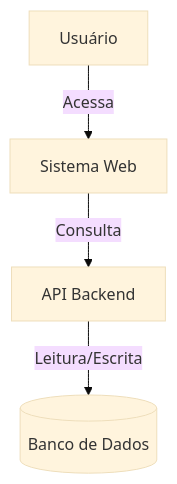
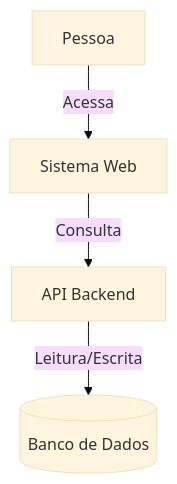
The diagram in arquitetura/diagramas/sistema.mmd (rafaelTsu/teste), drawn with Mermaid (base theme) before and after one commit.

```diff
--- a/arquitetura/diagramas/sistema.mmd
+++ b/arquitetura/diagramas/sistema.mmd
@@ -1,4 +1,4 @@
 graph TD
-    A[Usuário] -->|Acessa| B[Sistema Web]
+    A[Pessoa] -->|Acessa| B[Sistema Web]
     B -->|Consulta| C[API Backend]
     C -->|Leitura/Escrita| D[(Banco de Dados)]
```
